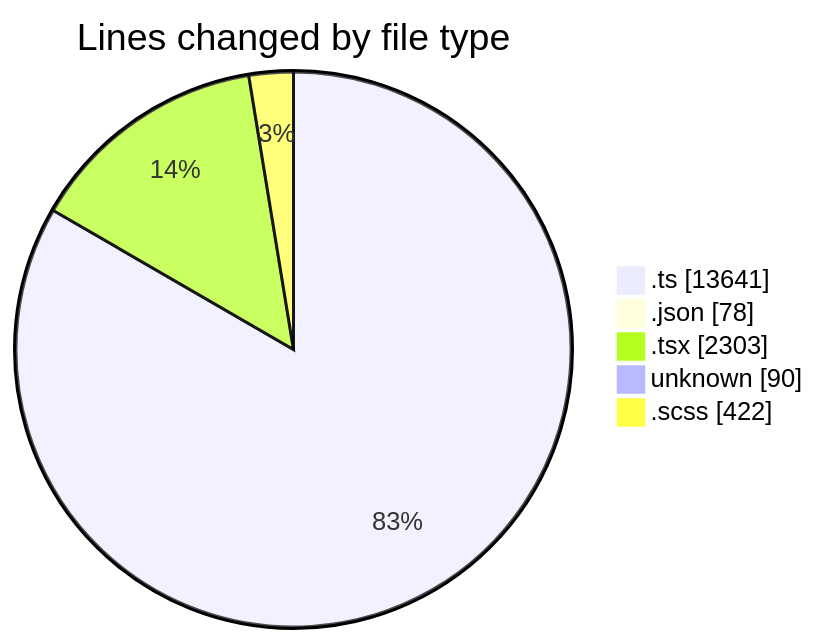
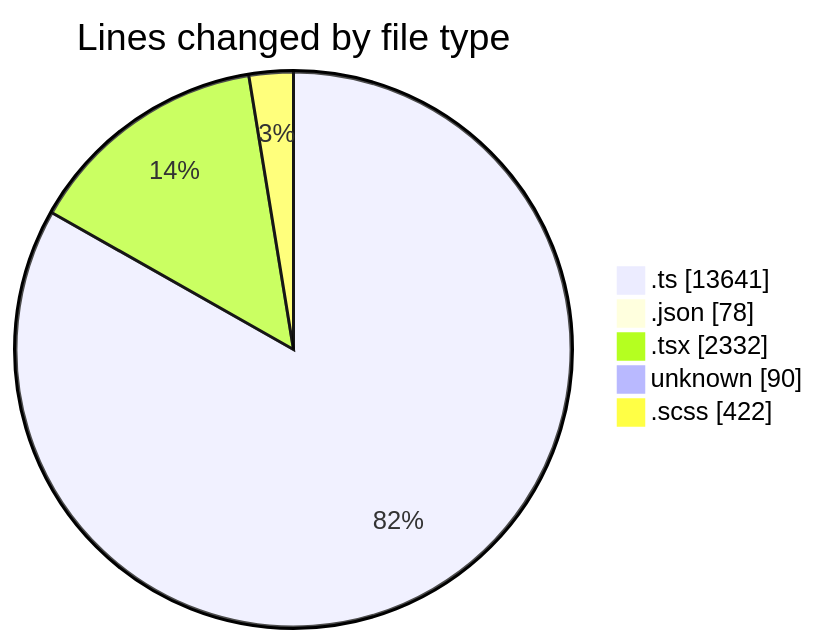
One commit to momahboobian/code-tracking changed the first of 2 diagrams in 2025-08-29/cda/README.md. Above: the diagram before and after it, drawn with Mermaid. The commit also changed other lines of this file and 1 other file, not shown here.

````diff
--- a/2025-08-29/cda/README.md
+++ b/2025-08-29/cda/README.md
@@ -34,9 +34,9 @@
 ```mermaid
 pie showData
 title Lines changed by file type
 ".ts" : 13641
 ".json" : 78
-".tsx" : 2303
+".tsx" : 2332
 "unknown" : 90
 ".scss" : 422
 ```
````
